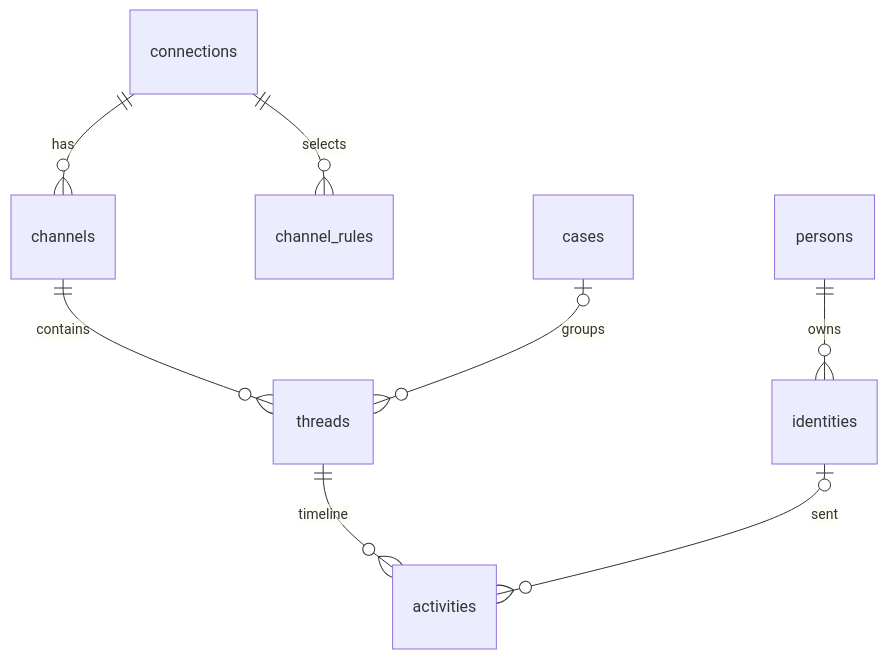
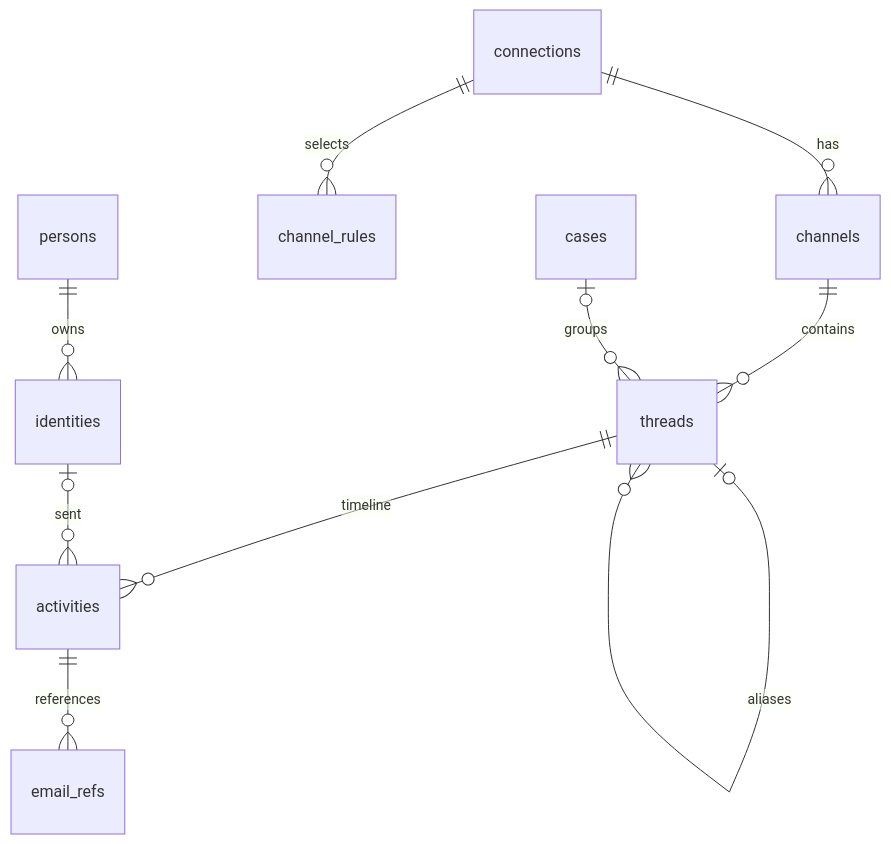
The second of 2 diagrams in docs/design/api-and-database.md (JMLegere/comms-terminal), drawn with Mermaid before and after one commit. The commit also changed other lines of this file and 12 other files, not shown here.

Commit message:
Reconcile email threads by exact references while preserving history and drafts

````diff
--- a/docs/design/api-and-database.md
+++ b/docs/design/api-and-database.md
@@ -185,10 +231,12 @@
 ```mermaid
 erDiagram
   connections ||--o{ channels : has
   connections ||--o{ channel_rules : selects
   channels ||--o{ threads : contains
   threads ||--o{ activities : timeline
+  threads |o--o{ threads : aliases
+  activities ||--o{ email_refs : references
   cases |o--o{ threads : groups
   persons ||--o{ identities : owns
   identities |o--o{ activities : sent
 ```
````
